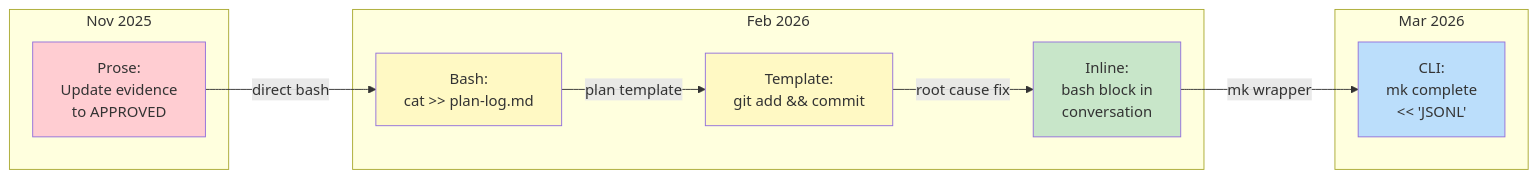
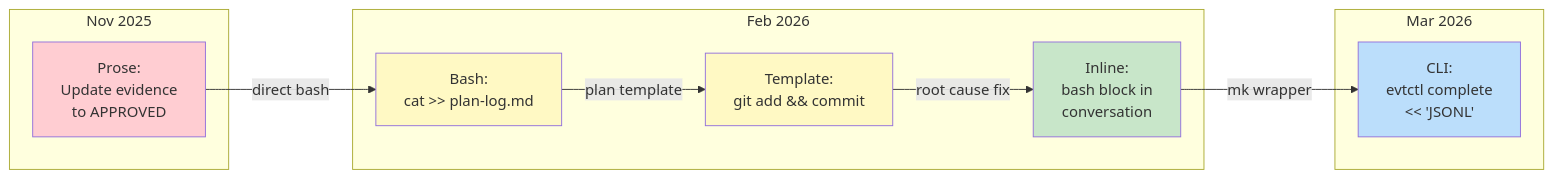
One commit to binaryphile/tandem-protocol changed the second of 6 diagrams in docs/evolution.md. Above: the diagram before and after it, drawn with Mermaid. The commit also changed other lines of this file and 12 other files, not shown here.

````diff
--- a/docs/evolution.md
+++ b/docs/evolution.md
@@ -97,25 +97,25 @@
 ```mermaid
 flowchart LR
     subgraph "Nov 2025"
         A["Prose:<br/>Update evidence<br/>to APPROVED"]
     end
     subgraph "Feb 2026"
         B["Bash:<br/>cat >> plan-log.md"]
         C["Template:<br/>git add && commit"]
         D["Inline:<br/>bash block in<br/>conversation"]
     end
     subgraph "Mar 2026"
-        E["CLI:<br/>mk complete<br/><< 'JSONL'"]
+        E["CLI:<br/>evtctl complete<br/><< 'JSONL'"]
     end
 
     A -->|"direct bash"| B
     B -->|"plan template"| C
     C -->|"root cause fix"| D
     D -->|"mk wrapper"| E
 
     style A fill:#ffcdd2
     style B fill:#fff9c4
     style C fill:#fff9c4
     style D fill:#c8e6c9
     style E fill:#bbdefb
 ```
````
